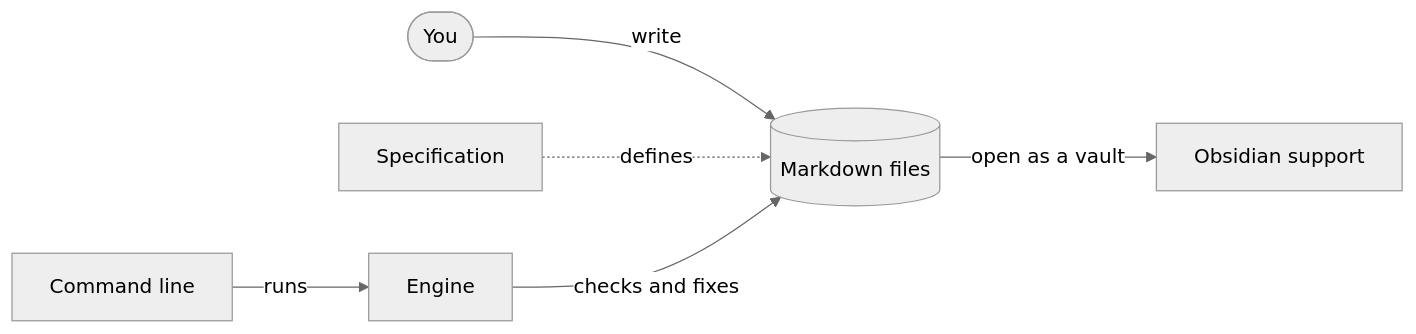
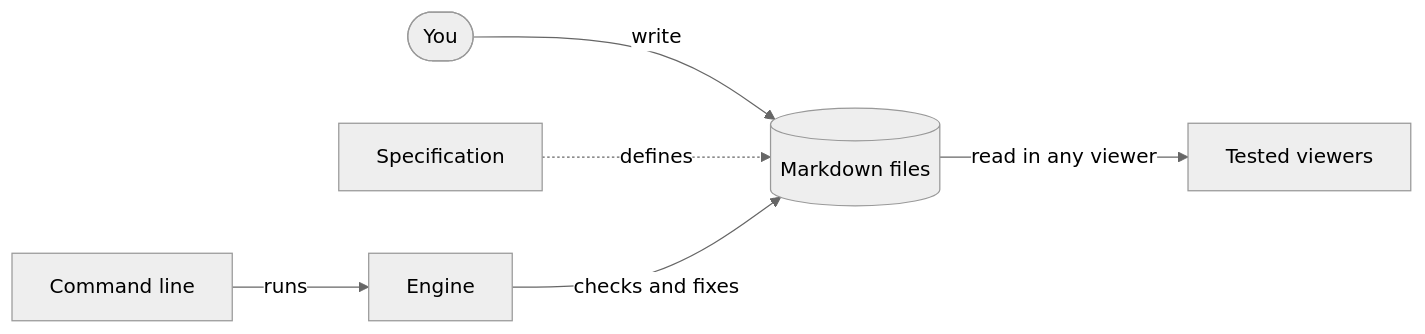
The diagram in README.md (method-run/idk-plans), drawn with Mermaid (neutral theme) before and after one commit. The commit also changed other lines of this file and 13 other files, not shown here.

````diff
--- a/README.md
+++ b/README.md
@@ -13,8 +13,8 @@
 ```mermaid
 flowchart LR
   you([You]) -->|write| files[(Markdown files)]
   spec[Specification] -.->|defines| files
   cli[Command line] -->|runs| engine[Engine]
   engine -->|checks and fixes| files
-  files -->|open as a vault| obsidian[Obsidian support]
+  files -->|read in any viewer| compatibility[Tested viewers]
 ```
````
